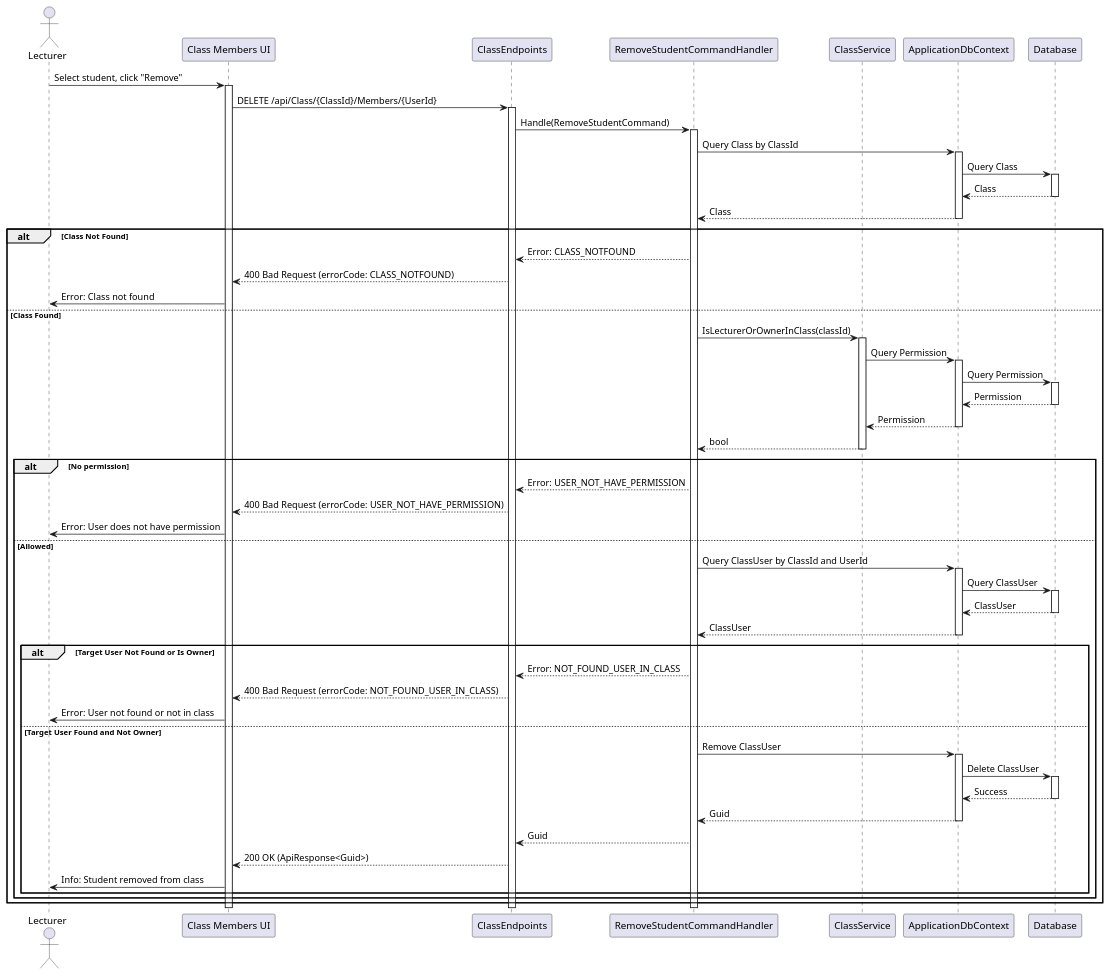
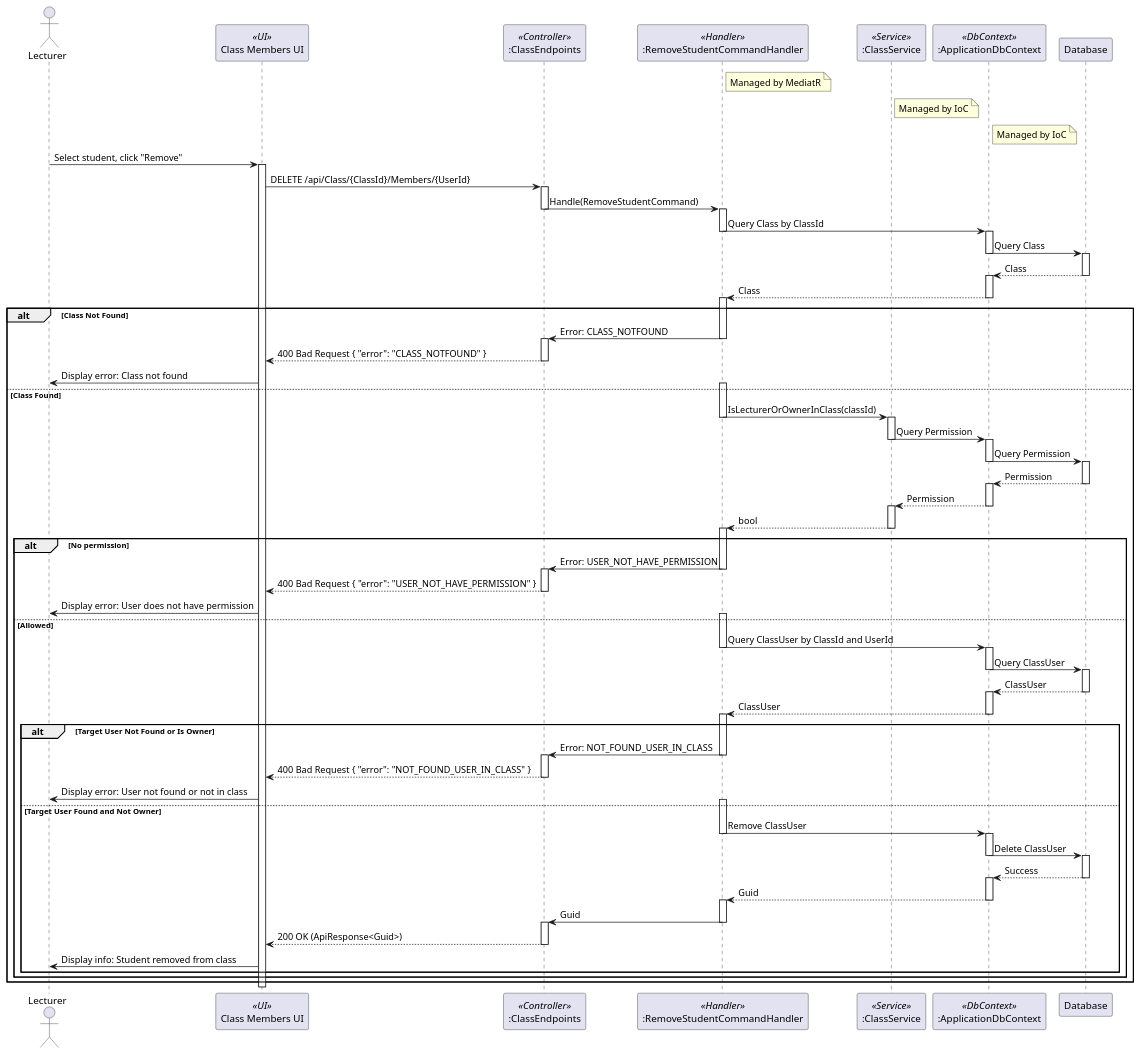
One commit to thanhkhac/SEP_Diagram changed the diagram in classes/Sequence/RemoveStudentCommand.puml. Above: the diagram before and after it, drawn with PlantUML. The commit also changed 30 other files, not shown here.

Commit message:
Enhance sequence diagrams with detailed flow and roles

```diff
--- a/classes/Sequence/RemoveStudentCommand.puml
+++ b/classes/Sequence/RemoveStudentCommand.puml
@@ -1,76 +1,121 @@
 @startuml
 actor "Lecturer" as User
-participant "Class Members UI" as UI
-participant ClassEndpoints
-participant RemoveStudentCommandHandler as Handler
-participant ClassService
-participant ApplicationDbContext
+participant "Class Members UI" as UI <<UI>>
+participant ":ClassEndpoints" as ClassEndpoints <<Controller>>
+participant ":RemoveStudentCommandHandler" as RemoveStudentCommandHandler <<Handler>>
+participant ":ClassService" as ClassService <<Service>>
+participant ":ApplicationDbContext" as ApplicationDbContext <<DbContext>>
 participant Database
+
+note right of RemoveStudentCommandHandler
+  Managed by MediatR
+end note
+
+note right of ClassService
+  Managed by IoC
+end note
+
+note right of ApplicationDbContext
+  Managed by IoC
+end note
 
 User -> UI : Select student, click "Remove"
 activate UI
 UI -> ClassEndpoints : DELETE /api/Class/{ClassId}/Members/{UserId}
 activate ClassEndpoints
-ClassEndpoints -> Handler : Handle(RemoveStudentCommand)
-activate Handler
-Handler -> ApplicationDbContext : Query Class by ClassId
+ClassEndpoints -> RemoveStudentCommandHandler : Handle(RemoveStudentCommand)
+deactivate ClassEndpoints
+activate RemoveStudentCommandHandler
+RemoveStudentCommandHandler -> ApplicationDbContext : Query Class by ClassId
+deactivate RemoveStudentCommandHandler
 activate ApplicationDbContext
 ApplicationDbContext -> Database : Query Class
+deactivate ApplicationDbContext
 activate Database
 Database --> ApplicationDbContext : Class
 deactivate Database
-ApplicationDbContext --> Handler : Class
+activate ApplicationDbContext
+ApplicationDbContext --> RemoveStudentCommandHandler : Class
 deactivate ApplicationDbContext
+activate RemoveStudentCommandHandler
 alt Class Not Found
-    Handler --> ClassEndpoints : Error: CLASS_NOTFOUND
-    ClassEndpoints --> UI : 400 Bad Request (errorCode: CLASS_NOTFOUND)
-    UI -> User : Error: Class not found
+    RemoveStudentCommandHandler -> ClassEndpoints : Error: CLASS_NOTFOUND
+    deactivate RemoveStudentCommandHandler
+    activate ClassEndpoints
+    ClassEndpoints --> UI : 400 Bad Request { "error": "CLASS_NOTFOUND" }
+    deactivate ClassEndpoints
+    UI -> User : Display error: Class not found
 else Class Found
-    Handler -> ClassService : IsLecturerOrOwnerInClass(classId)
+    activate RemoveStudentCommandHandler
+    RemoveStudentCommandHandler -> ClassService : IsLecturerOrOwnerInClass(classId)
+    deactivate RemoveStudentCommandHandler
     activate ClassService
     ClassService -> ApplicationDbContext : Query Permission
+    deactivate ClassService
     activate ApplicationDbContext
     ApplicationDbContext -> Database : Query Permission
+    deactivate ApplicationDbContext
     activate Database
     Database --> ApplicationDbContext : Permission
     deactivate Database
+    activate ApplicationDbContext
     ApplicationDbContext --> ClassService : Permission
     deactivate ApplicationDbContext
-    ClassService --> Handler : bool
+    activate ClassService
+    ClassService --> RemoveStudentCommandHandler : bool
     deactivate ClassService
+    activate RemoveStudentCommandHandler
     alt No permission
-        Handler --> ClassEndpoints : Error: USER_NOT_HAVE_PERMISSION
-        ClassEndpoints --> UI : 400 Bad Request (errorCode: USER_NOT_HAVE_PERMISSION)
-        UI -> User : Error: User does not have permission
+        RemoveStudentCommandHandler -> ClassEndpoints : Error: USER_NOT_HAVE_PERMISSION
+        deactivate RemoveStudentCommandHandler
+        activate ClassEndpoints
+        ClassEndpoints --> UI : 400 Bad Request { "error": "USER_NOT_HAVE_PERMISSION" }
+        deactivate ClassEndpoints
+        UI -> User : Display error: User does not have permission
     else Allowed
-        Handler -> ApplicationDbContext : Query ClassUser by ClassId and UserId
+        activate RemoveStudentCommandHandler
+        RemoveStudentCommandHandler -> ApplicationDbContext : Query ClassUser by ClassId and UserId
+        deactivate RemoveStudentCommandHandler
         activate ApplicationDbContext
         ApplicationDbContext -> Database : Query ClassUser
+        deactivate ApplicationDbContext
         activate Database
         Database --> ApplicationDbContext : ClassUser
         deactivate Database
-        ApplicationDbContext --> Handler : ClassUser
+        activate ApplicationDbContext
+        ApplicationDbContext --> RemoveStudentCommandHandler : ClassUser
         deactivate ApplicationDbContext
+        activate RemoveStudentCommandHandler
         alt Target User Not Found or Is Owner
-            Handler --> ClassEndpoints : Error: NOT_FOUND_USER_IN_CLASS
-            ClassEndpoints --> UI : 400 Bad Request (errorCode: NOT_FOUND_USER_IN_CLASS)
-            UI -> User : Error: User not found or not in class
+            RemoveStudentCommandHandler -> ClassEndpoints : Error: NOT_FOUND_USER_IN_CLASS
+            deactivate RemoveStudentCommandHandler
+            activate ClassEndpoints
+            ClassEndpoints --> UI : 400 Bad Request { "error": "NOT_FOUND_USER_IN_CLASS" }
+            deactivate ClassEndpoints
+            UI -> User : Display error: User not found or not in class
         else Target User Found and Not Owner
-            Handler -> ApplicationDbContext : Remove ClassUser
+            activate RemoveStudentCommandHandler
+            RemoveStudentCommandHandler -> ApplicationDbContext : Remove ClassUser
+            deactivate RemoveStudentCommandHandler
             activate ApplicationDbContext
             ApplicationDbContext -> Database : Delete ClassUser
+            deactivate ApplicationDbContext
             activate Database
             Database --> ApplicationDbContext : Success
             deactivate Database
-            ApplicationDbContext --> Handler : Guid
+            activate ApplicationDbContext
+            ApplicationDbContext --> RemoveStudentCommandHandler : Guid
             deactivate ApplicationDbContext
-            Handler --> ClassEndpoints : Guid
+            activate RemoveStudentCommandHandler
+            RemoveStudentCommandHandler -> ClassEndpoints : Guid
+            deactivate RemoveStudentCommandHandler
+            activate ClassEndpoints
             ClassEndpoints --> UI : 200 OK (ApiResponse<Guid>)
-            UI -> User : Info: Student removed from class
+            deactivate ClassEndpoints
+            UI -> User : Display info: Student removed from class
         end
     end
 end
-deactivate Handler
-deactivate ClassEndpoints
 deactivate UI
+
 @enduml
```
